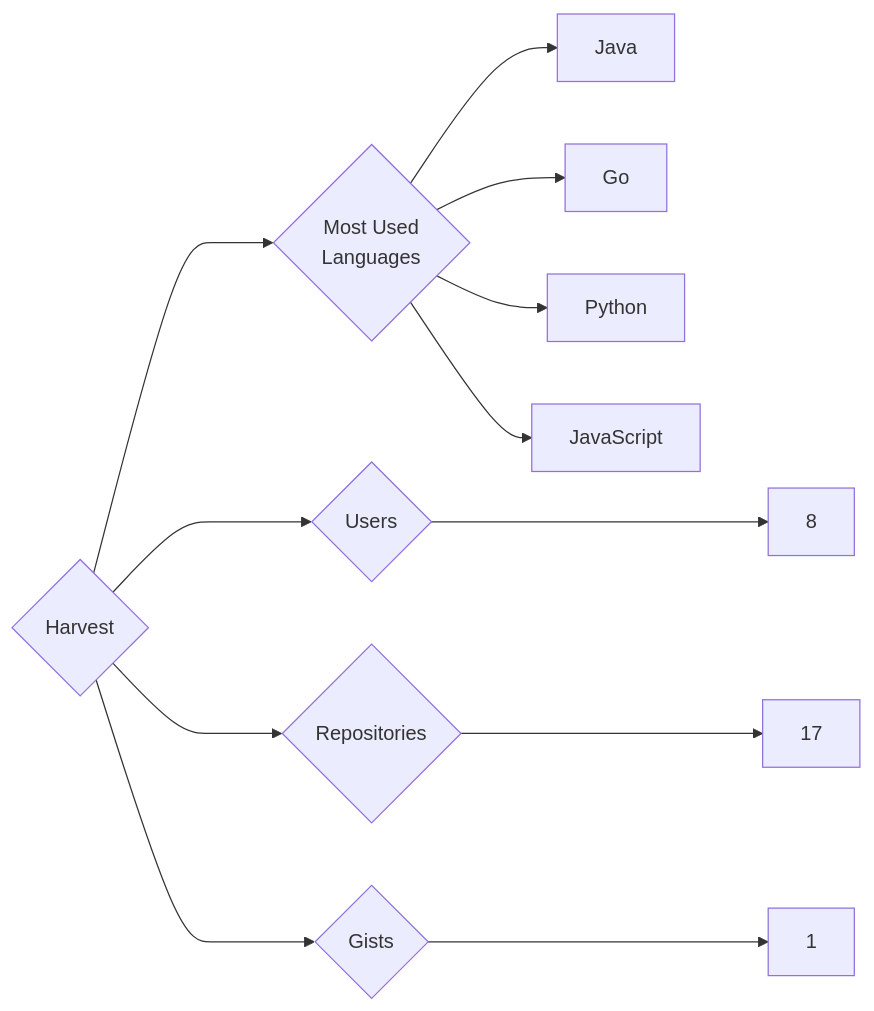
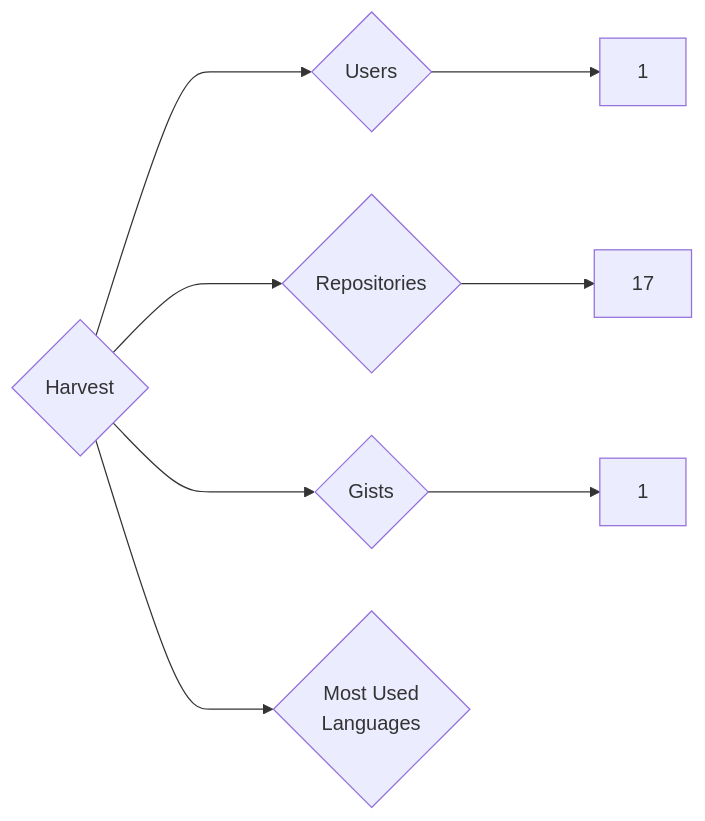
One commit to trickest/insiders changed the diagram in targets/Harvest/README.md. Above: the diagram before and after it, drawn with Mermaid. The commit also changed 838 other files, not shown here.

````diff
--- a/targets/Harvest/README.md
+++ b/targets/Harvest/README.md
@@ -3,12 +3,8 @@
 ```mermaid
 graph LR
 COMPANY_NAME{Harvest}
-COMPANY_NAME ---> U{Users} ---> UN[8]
+COMPANY_NAME ---> U{Users} ---> UN[1]
 COMPANY_NAME ---> R{Repositories} ---> RN[17]
 COMPANY_NAME ---> G{Gists} ---> GN[1]
 COMPANY_NAME ---> ML{Most Used<br>Languages}
-ML --> Java[Java]
-ML --> Go[Go]
-ML --> Python[Python]
-ML --> JavaScript[JavaScript]
 ```
````
